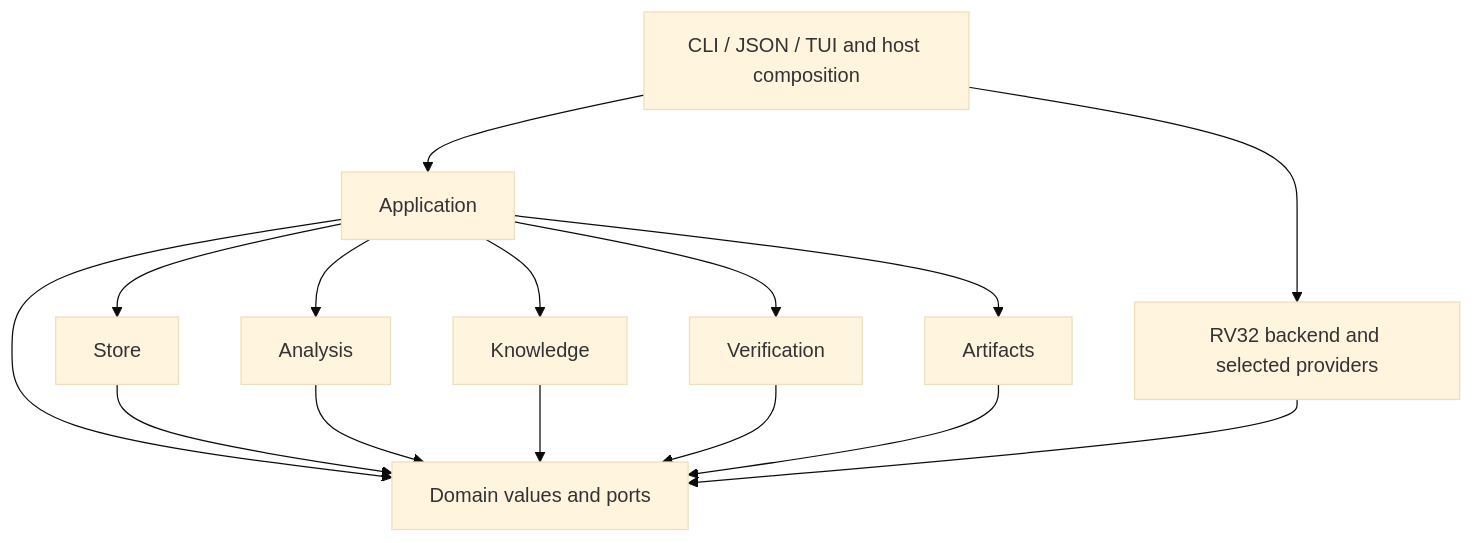
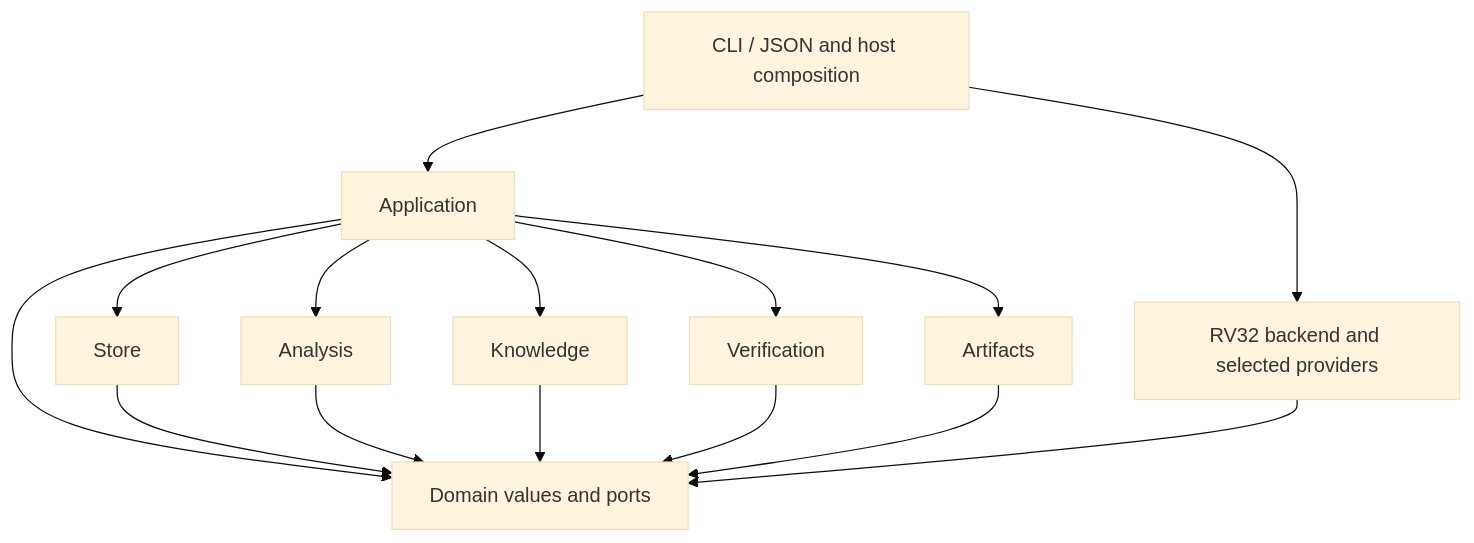
One commit to ermacv/open-esp-radio-rs changed the diagram in tools/blobray/docs/design/architecture.md. Above: the diagram before and after it, drawn with Mermaid (base theme). The commit also changed other lines of this file and 5 other files, not shown here.

````diff
--- a/tools/blobray/docs/design/architecture.md
+++ b/tools/blobray/docs/design/architecture.md
@@ -136,17 +134,17 @@
 ```mermaid
 flowchart TD
-    Host[CLI / JSON / TUI and host composition] --> App[Application]
+    Host[CLI / JSON and host composition] --> App[Application]
     Host --> RV[RV32 backend and selected providers]
     App --> Store[Store]
     App --> Analysis[Analysis]
     App --> Knowledge[Knowledge]
     App --> Verify[Verification]
     App --> Artifacts[Artifacts]
     App --> Domain[Domain values and ports]
     Store --> Domain
     Analysis --> Domain
     Knowledge --> Domain
     Verify --> Domain
     Artifacts --> Domain
     RV --> Domain
 ```
````
